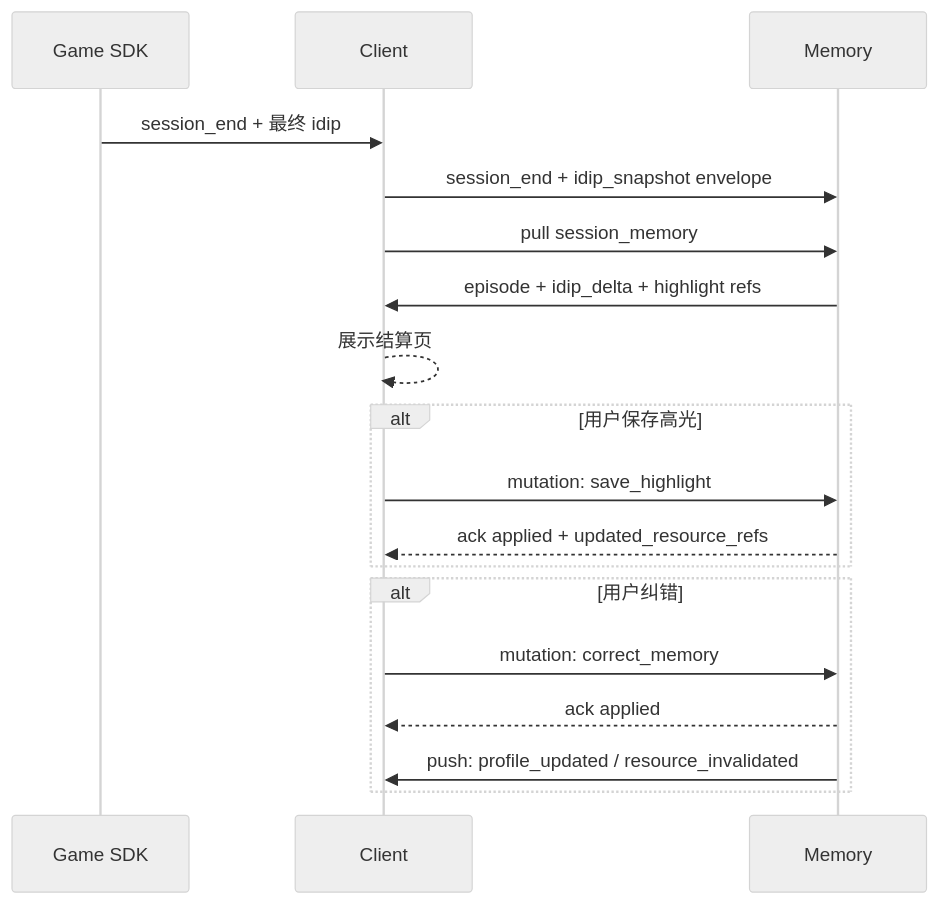
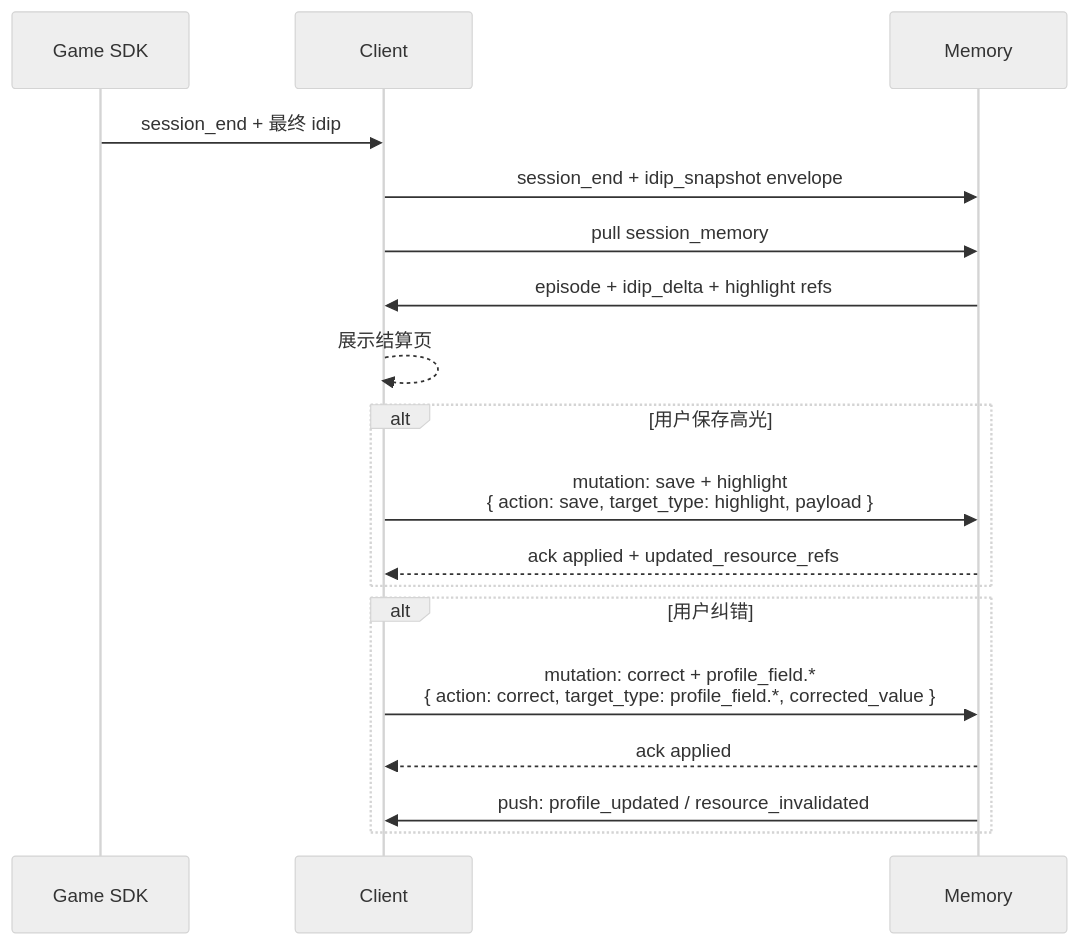
One commit to uu-yaya/ai-product-builder changed diagram 13 of 17 in projects/desktop-pet/01-pm/branches/memory-dataset/DATA_FLOW_REQUIREMENT_SPECIFICATION.md. Above: the diagram before and after it, drawn with Mermaid (neutral theme). The commit also changed other lines of this file and 1 other file, not shown here.

Commit message:
edit projects/desktop-pet/01-pm/branches/memory-dataset/DATA_FLOW_REQUIREMENT_SPECIFICATION.md via md-canvas

````diff
--- a/projects/desktop-pet/01-pm/branches/memory-dataset/DATA_FLOW_REQUIREMENT_SPECIFICATION.md
+++ b/projects/desktop-pet/01-pm/branches/memory-dataset/DATA_FLOW_REQUIREMENT_SPECIFICATION.md
@@ -930,20 +1449,20 @@
 ```mermaid
 sequenceDiagram
     participant SDK as Game SDK
     participant C as Client
     participant M as Memory
     SDK->>C: session_end + 最终 idip
     C->>M: session_end + idip_snapshot envelope
     C->>M: pull session_memory
     M->>C: episode + idip_delta + highlight refs
     C-->>C: 展示结算页
     alt 用户保存高光
-        C->>M: mutation: save_highlight
+        C->>M: mutation: save + highlight<br/>{ action: save, target_type: highlight, payload }
         M-->>C: ack applied + updated_resource_refs
     end
     alt 用户纠错
-        C->>M: mutation: correct_memory
+        C->>M: mutation: correct + profile_field.*<br/>{ action: correct, target_type: profile_field.*, corrected_value }
         M-->>C: ack applied
         M->>C: push: profile_updated / resource_invalidated
     end
 ```
````
